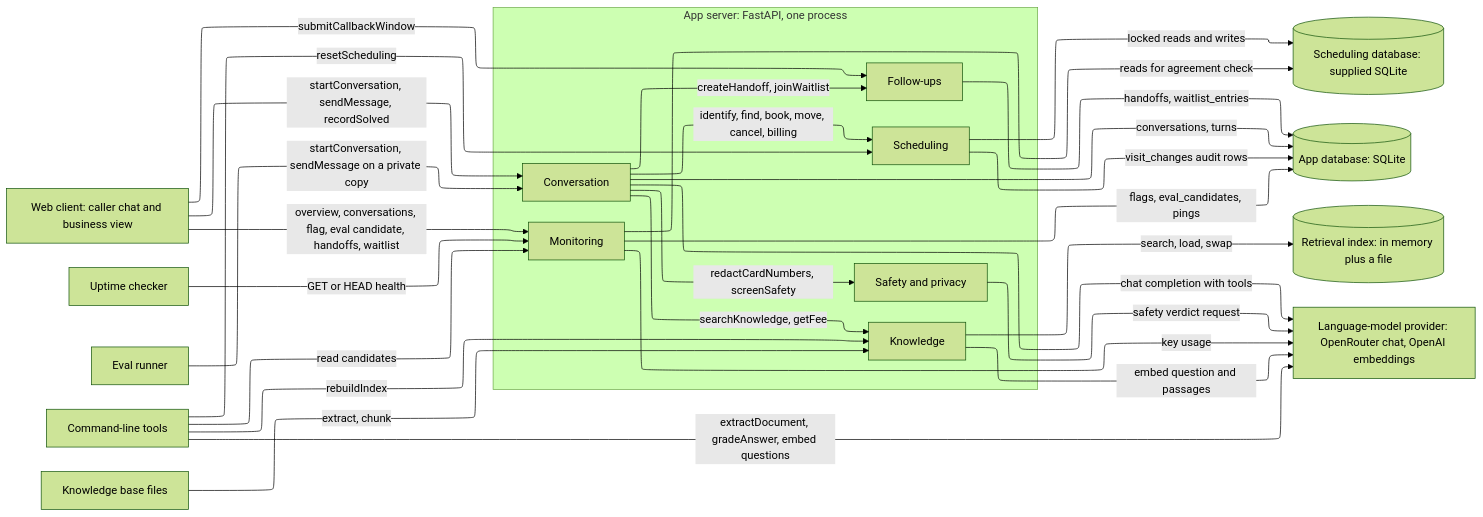
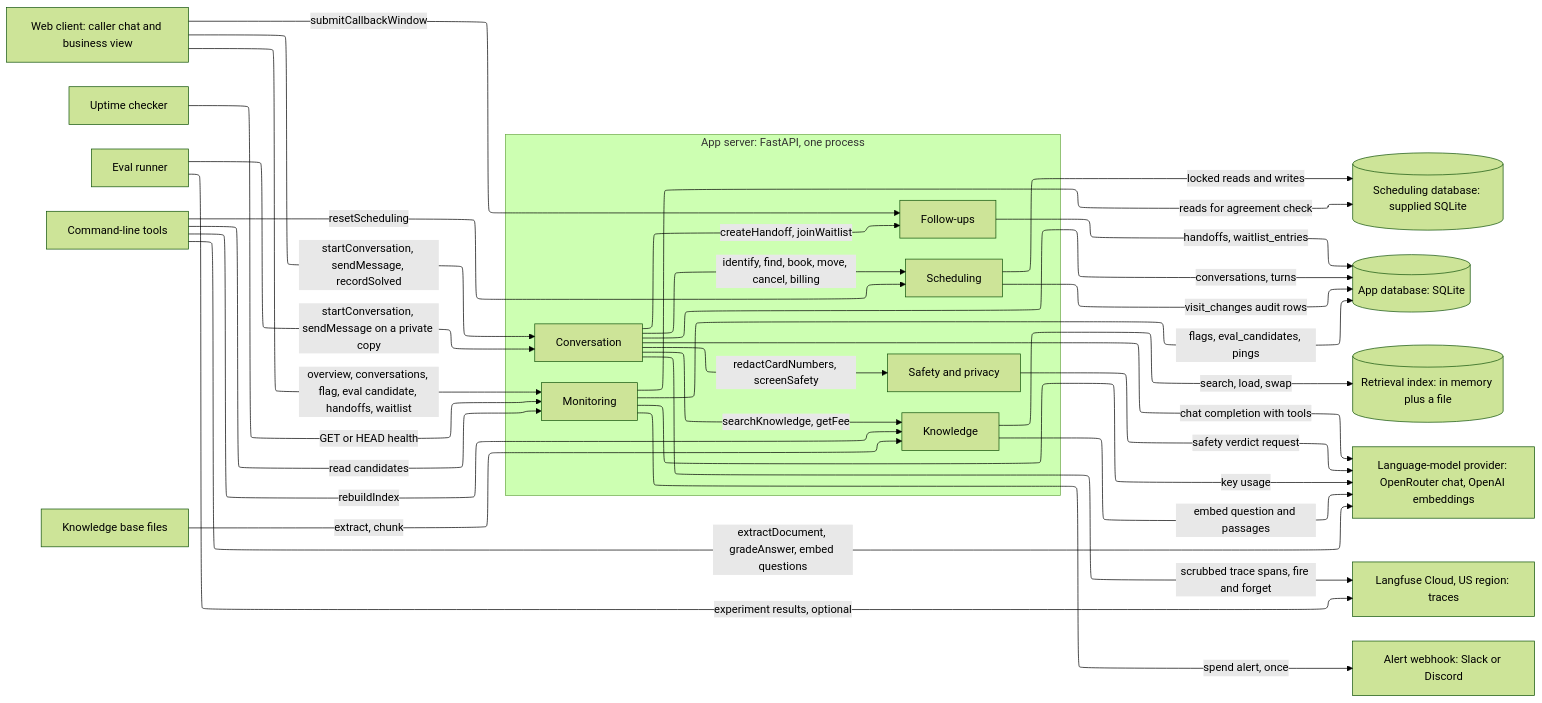
The first of 11 diagrams in docs/ARCHITECTURE.md (ThinkBuildMake/aea-fde-challenge), drawn with Mermaid (forest theme) before and after one commit. The commit also changed other lines of this file and 1 other file, not shown here.

First line of the commit message:
Stack re-check: add Langfuse Cloud tracing, alerts, backups, migrations, typed settings, security basics

````diff
--- a/docs/ARCHITECTURE.md
+++ b/docs/ARCHITECTURE.md
@@ -7,46 +7,51 @@
 ```mermaid
 %%{init: {"layout": "elk", "flowchart": {"nodeSpacing": 40, "rankSpacing": 60}}}%%
 flowchart LR
   client["Web client: caller chat and business view"]
   uptime["Uptime checker"]
   evalr["Eval runner"]
   cli["Command-line tools"]
   kb["Knowledge base files"]
   subgraph app["App server: FastAPI, one process"]
     conv["Conversation"]
     safety["Safety and privacy"]
     know["Knowledge"]
     sched["Scheduling"]
     fup["Follow-ups"]
     mon["Monitoring"]
   end
   sdb[("Scheduling database: supplied SQLite")]
   adb[("App database: SQLite")]
   idx[("Retrieval index: in memory plus a file")]
   llm["Language-model provider: OpenRouter chat, OpenAI embeddings"]
+  lf["Langfuse Cloud, US region: traces"]
+  chatops["Alert webhook: Slack or Discord"]
   client -->|startConversation, sendMessage, recordSolved| conv
   client -->|submitCallbackWindow| fup
   client -->|overview, conversations, flag, eval candidate, handoffs, waitlist| mon
   uptime -->|GET or HEAD health| mon
   evalr -->|startConversation, sendMessage on a private copy| conv
   cli -->|rebuildIndex| know
   cli -->|resetScheduling| sched
   cli -->|read candidates| mon
   cli -->|extractDocument, gradeAnswer, embed questions| llm
   kb -->|extract, chunk| know
   conv -->|redactCardNumbers, screenSafety| safety
   conv -->|searchKnowledge, getFee| know
   conv -->|identify, find, book, move, cancel, billing| sched
   conv -->|createHandoff, joinWaitlist| fup
   conv -->|chat completion with tools| llm
   safety -->|safety verdict request| llm
   know -->|embed question and passages| llm
   know -->|search, load, swap| idx
   mon -->|key usage| llm
+  conv -->|scrubbed trace spans, fire and forget| lf
+  evalr -->|experiment results, optional| lf
+  mon -->|spend alert, once| chatops
   sched -->|locked reads and writes| sdb
   sched -->|visit_changes audit rows| adb
   mon -->|reads for agreement check| sdb
   conv -->|conversations, turns| adb
   fup -->|handoffs, waitlist_entries| adb
   mon -->|flags, eval_candidates, pings| adb
 ```
````
